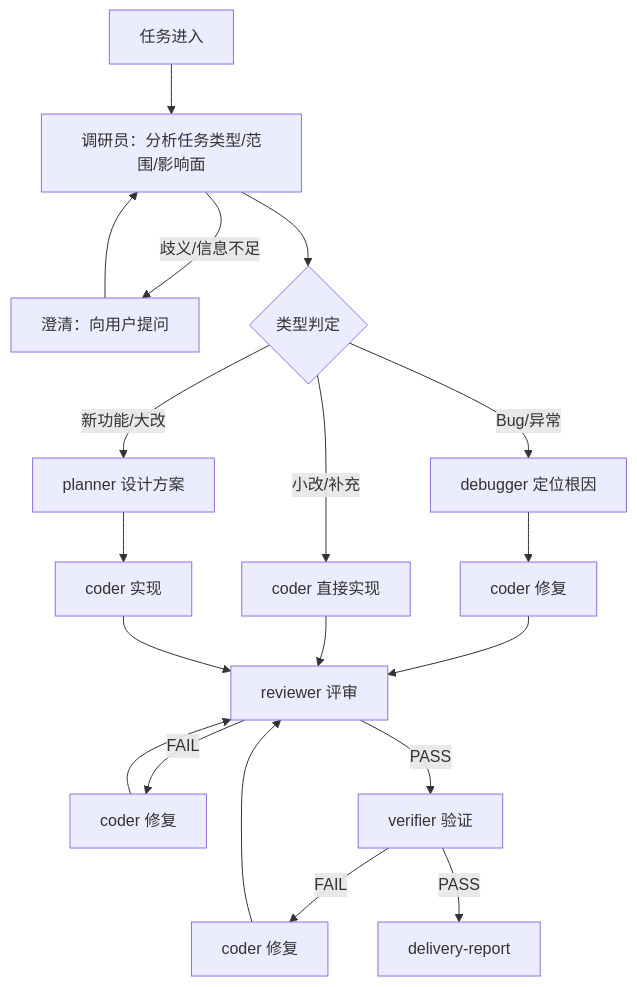
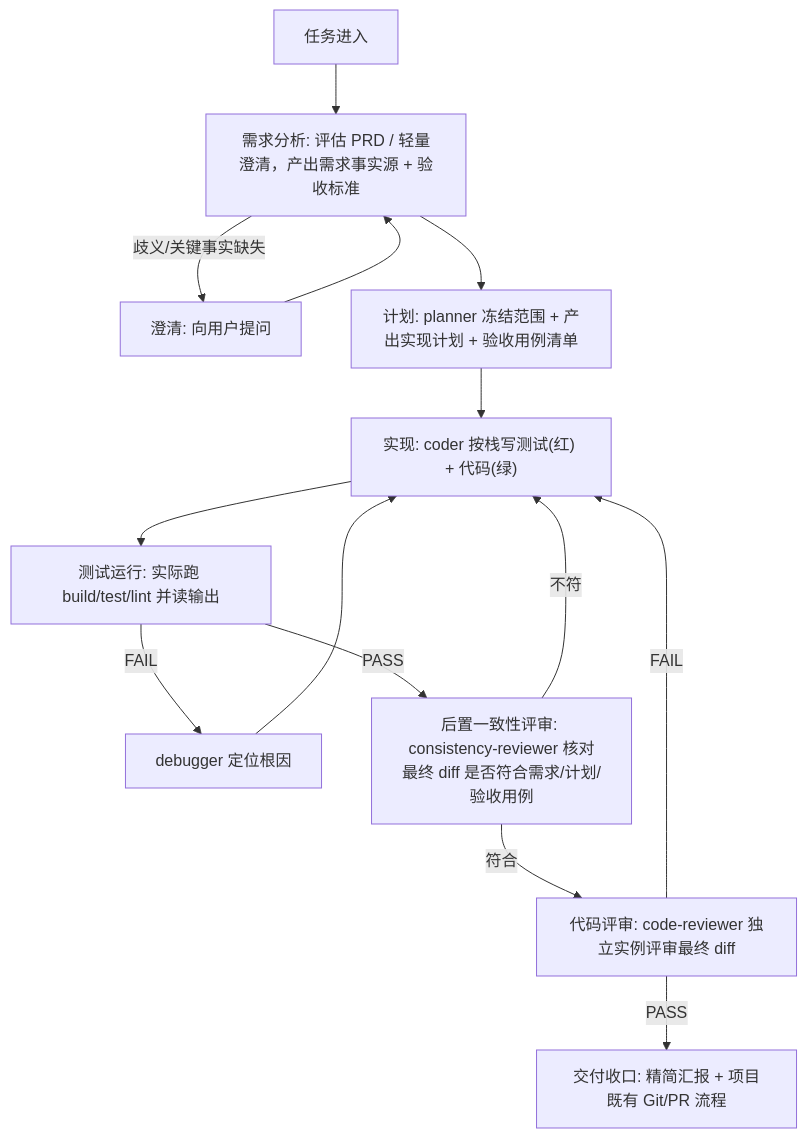
One commit to moluoxixi/AIRules changed the first of 2 diagrams in rules/AGENTS.md. Above: the diagram before and after it, drawn with Mermaid. The commit also changed other lines of this file and 66 other files, not shown here.

````diff
--- a/rules/AGENTS.md
+++ b/rules/AGENTS.md
@@ -5,18 +7,14 @@
 ```mermaid
 flowchart TD
-  Task["任务进入"] --> Research["调研员：分析任务类型/范围/影响面"]
-  Research -->|歧义/信息不足| Clarify["澄清：向用户提问"] --> Research
-  Research --> Type{"类型判定"}
-  Type -->|Bug/异常| Debug["debugger 定位根因"]
-  Type -->|新功能/大改| Plan["planner 设计方案"]
-  Type -->|小改/补充| Code["coder 直接实现"]
-  Debug --> Fix["coder 修复"]
-  Plan --> Code2["coder 实现"]
-  Fix --> Review["reviewer 评审"]
-  Code --> Review
-  Code2 --> Review
-  Review -->|FAIL| FixR["coder 修复"] --> Review
-  Review -->|PASS| Verify["verifier 验证"]
-  Verify -->|FAIL| FixV["coder 修复"] --> Review
-  Verify -->|PASS| Done["delivery-report"]
+  Intake["任务进入"] --> Req["需求分析: 评估 PRD / 轻量澄清，产出需求事实源 + 验收标准"]
+  Req -->|歧义/关键事实缺失| Clarify["澄清: 向用户提问"] --> Req
+  Req --> Plan["计划: planner 冻结范围 + 产出实现计划 + 验收用例清单"]
+  Plan --> Code["实现: coder 按栈写测试(红) + 代码(绿)"]
+  Code --> Test["测试运行: 实际跑 build/test/lint 并读输出"]
+  Test -->|FAIL| Debug["debugger 定位根因"] --> Code
+  Test -->|PASS| Consist["后置一致性评审: consistency-reviewer 核对最终 diff 是否符合需求/计划/验收用例"]
+  Consist -->|不符| Code
+  Consist -->|符合| Review["代码评审: code-reviewer 独立实例评审最终 diff"]
+  Review -->|FAIL| Code
+  Review -->|PASS| Done["交付收口: 精简汇报 + 项目既有 Git/PR 流程"]
 ```
````
